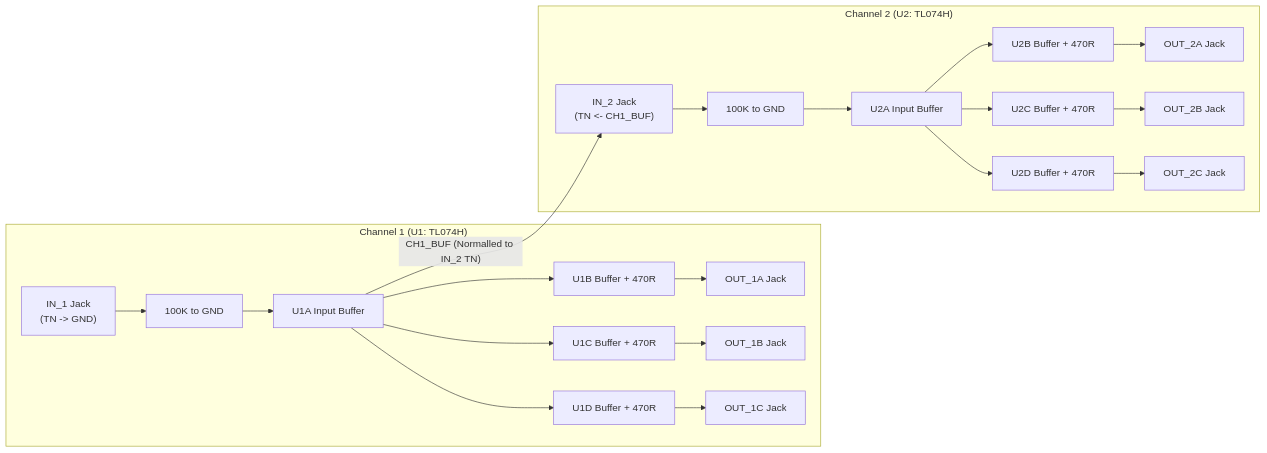
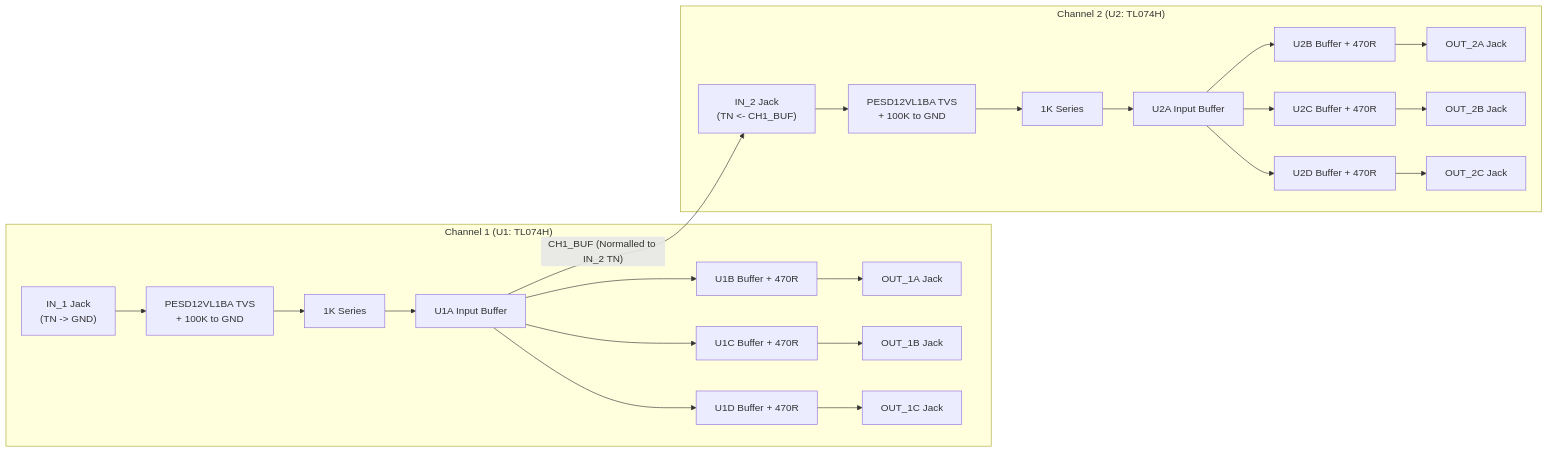
Before and after one commit to domesticmouse/BufferedMult-SKiDL: the diagram in README.md, drawn with Mermaid. The commit also changed other lines of this file and 7 other files, not shown here.

First line of the commit message:
Add two-stage TVS and series resistor input protection on IN_1 and IN_2

````diff
--- a/README.md
+++ b/README.md
@@ -27,20 +27,20 @@
 ```mermaid
 flowchart LR
     subgraph CH1["Channel 1 (U1: TL074H)"]
-        J_IN1["IN_1 Jack<br/>(TN -> GND)"] --> R_PD1["100K to GND"]
-        R_PD1 --> U1A["U1A Input Buffer"]
+        J_IN1["IN_1 Jack<br/>(TN -> GND)"] --> TVS1["PESD12VL1BA TVS<br/>+ 100K to GND"]
+        TVS1 --> R_IN1["1K Series"] --> U1A["U1A Input Buffer"]
         U1A --> U1B["U1B Buffer + 470R"] --> OUT_1A["OUT_1A Jack"]
         U1A --> U1C["U1C Buffer + 470R"] --> OUT_1B["OUT_1B Jack"]
         U1A --> U1D["U1D Buffer + 470R"] --> OUT_1C["OUT_1C Jack"]
     end
 
     subgraph CH2["Channel 2 (U2: TL074H)"]
-        J_IN2["IN_2 Jack<br/>(TN <- CH1_BUF)"] --> R_PD2["100K to GND"]
-        R_PD2 --> U2A["U2A Input Buffer"]
+        J_IN2["IN_2 Jack<br/>(TN <- CH1_BUF)"] --> TVS2["PESD12VL1BA TVS<br/>+ 100K to GND"]
+        TVS2 --> R_IN2["1K Series"] --> U2A["U2A Input Buffer"]
         U2A --> U2B["U2B Buffer + 470R"] --> OUT_2A["OUT_2A Jack"]
         U2A --> U2C["U2C Buffer + 470R"] --> OUT_2B["OUT_2B Jack"]
         U2A --> U2D["U2D Buffer + 470R"] --> OUT_2C["OUT_2C Jack"]
     end
 
     U1A -- "CH1_BUF (Normalled to IN_2 TN)" --> J_IN2
 ```
````
